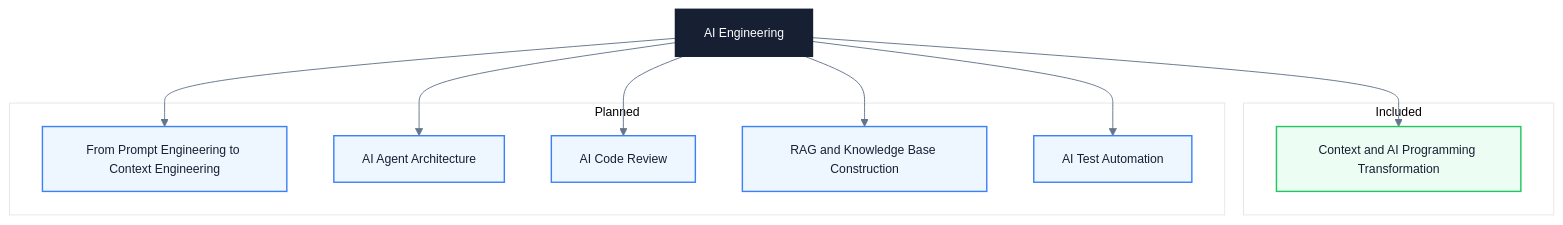
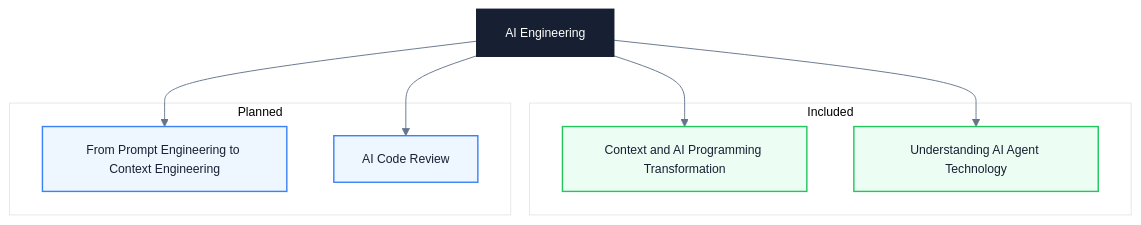
The diagram in docs/en/ai/index.md (Fatejian/frontier-vault), drawn with Mermaid before and after one commit. The commit also changed other lines of this file and 4 other files, not shown here.

Commit message:
Add AI Agent Technology Understanding article (zh-CN/en)

````diff
--- a/docs/en/ai/index.md
+++ b/docs/en/ai/index.md
@@ -17,33 +17,29 @@
 ```mermaid
 %%{init: {'theme': 'base', 'themeVariables': {'fontFamily': 'Inter, PingFang SC, Microsoft YaHei, sans-serif', 'primaryColor': '#F8FAFC', 'primaryTextColor': '#172033', 'primaryBorderColor': '#CBD5E1', 'lineColor': '#64748B', 'fontSize': '13px'}}}%%
 
 flowchart TB
     center["AI Engineering"]
 
     subgraph Included
         work1["Context and AI Programming Transformation"]
+        work2["Understanding AI Agent Technology"]
     end
 
     subgraph Planned
         wait1["From Prompt Engineering to Context Engineering"]
-        wait2["AI Agent Architecture"]
         wait3["AI Code Review"]
-        wait4["RAG and Knowledge Base Construction"]
-        wait5["AI Test Automation"]
     end
 
     center --> work1
+    center --> work2
     center --> wait1
-    center --> wait2
     center --> wait3
-    center --> wait4
-    center --> wait5
 
     classDef core fill:#172033,color:#fff,stroke:#172033,stroke-width:2px
     classDef work fill:#ECFDF3,stroke:#22C55E,color:#172033,stroke-width:1.5px
     classDef wait fill:#EEF6FF,stroke:#3B82F6,color:#172033,stroke-width:1.5px
 
     class center core
-    class work1 work
-    class wait1,wait2,wait3,wait4,wait5 wait
+    class work1,work2 work
+    class wait1,wait3 wait
 ```
````
